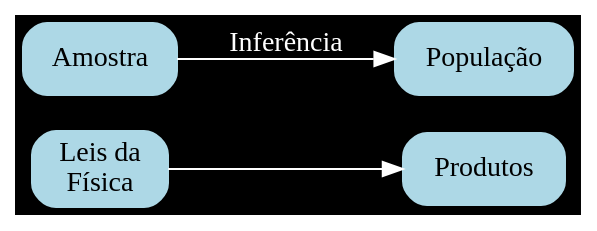
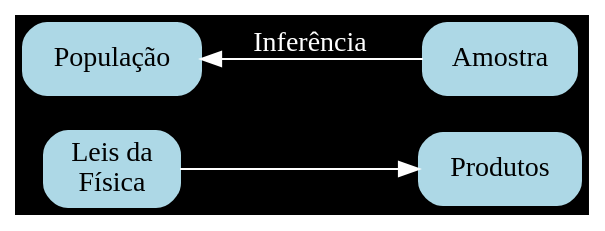
The diagram in notas_de_aula/papel_estatística_engenharia/inferência_estatística.gv (ProfRonan/cc0265-probabilidade-e-estatistica), drawn with Graphviz before and after one commit. The commit also changed 1 other file, not shown here.

```diff
--- a/notas_de_aula/papel_estatística_engenharia/inferência_estatística.gv
+++ b/notas_de_aula/papel_estatística_engenharia/inferência_estatística.gv
@@ -1,8 +1,8 @@
 digraph G {
   bgcolor=black;
   rankdir="LR"
   node [shape=box, style="filled, rounded", color=lightblue];
   edge [color=white];
   "Leis da\nFísica" -> "Produtos";
-  "Amostra" -> "População" [label="Inferência", fontcolor=white];
+  "População" -> "Amostra" [dir=back, label="Inferência", fontcolor=white];
   }
```
